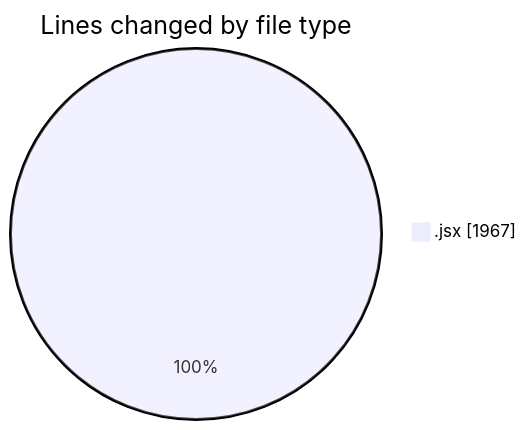
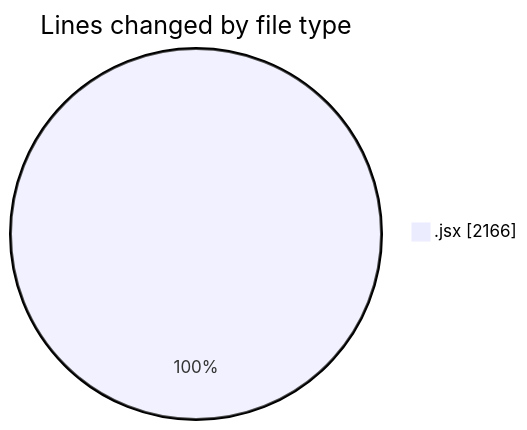
The first of 2 diagrams in 2025-05-14/argos-dev/README.md (nxtqubesakshisongat/code-tracking), drawn with Mermaid before and after one commit. The commit also changed other lines of this file and 1 other file, not shown here.

````diff
--- a/2025-05-14/argos-dev/README.md
+++ b/2025-05-14/argos-dev/README.md
@@ -24,5 +24,5 @@
 ```mermaid
 pie showData
 title Lines changed by file type
-".jsx" : 1967
+".jsx" : 2166
 ```
````
